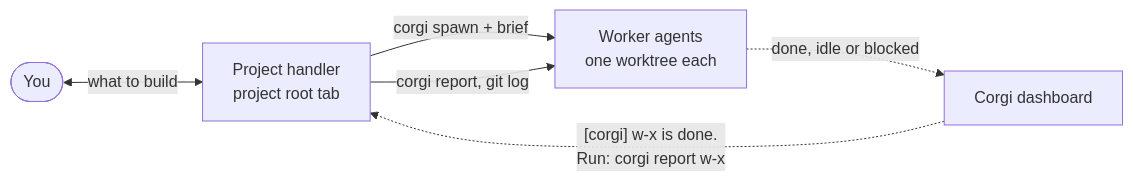
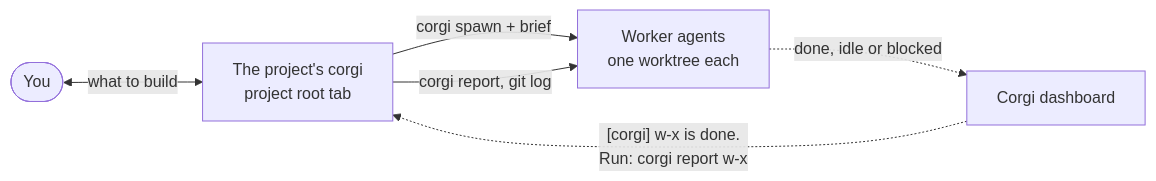
The diagram in README.md (zyrre/corgi), drawn with Mermaid before and after one commit. The commit also changed other lines of this file and 29 other files, not shown here.

````diff
--- a/README.md
+++ b/README.md
@@ -88,8 +88,8 @@
 ```mermaid
 flowchart LR
-    you(["You"]) <-->|"what to build"| handler["Project handler<br/>project root tab"]
-    handler -->|"corgi spawn + brief"| workers["Worker agents<br/>one worktree each"]
+    you(["You"]) <-->|"what to build"| corgi["The project's corgi<br/>project root tab"]
+    corgi -->|"corgi spawn + brief"| workers["Worker agents<br/>one worktree each"]
     workers -.->|"done, idle or blocked"| dashboard["Corgi dashboard"]
-    dashboard -.->|"[corgi] w-x is done.<br/>Run: corgi report w-x"| handler
-    handler -->|"corgi report, git log"| workers
+    dashboard -.->|"[corgi] w-x is done.<br/>Run: corgi report w-x"| corgi
+    corgi -->|"corgi report, git log"| workers
 ```
````
